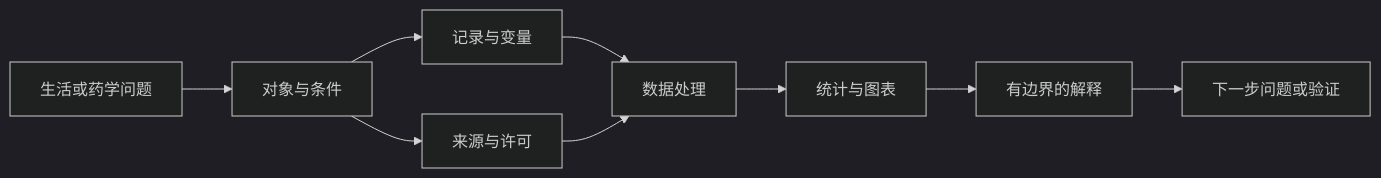
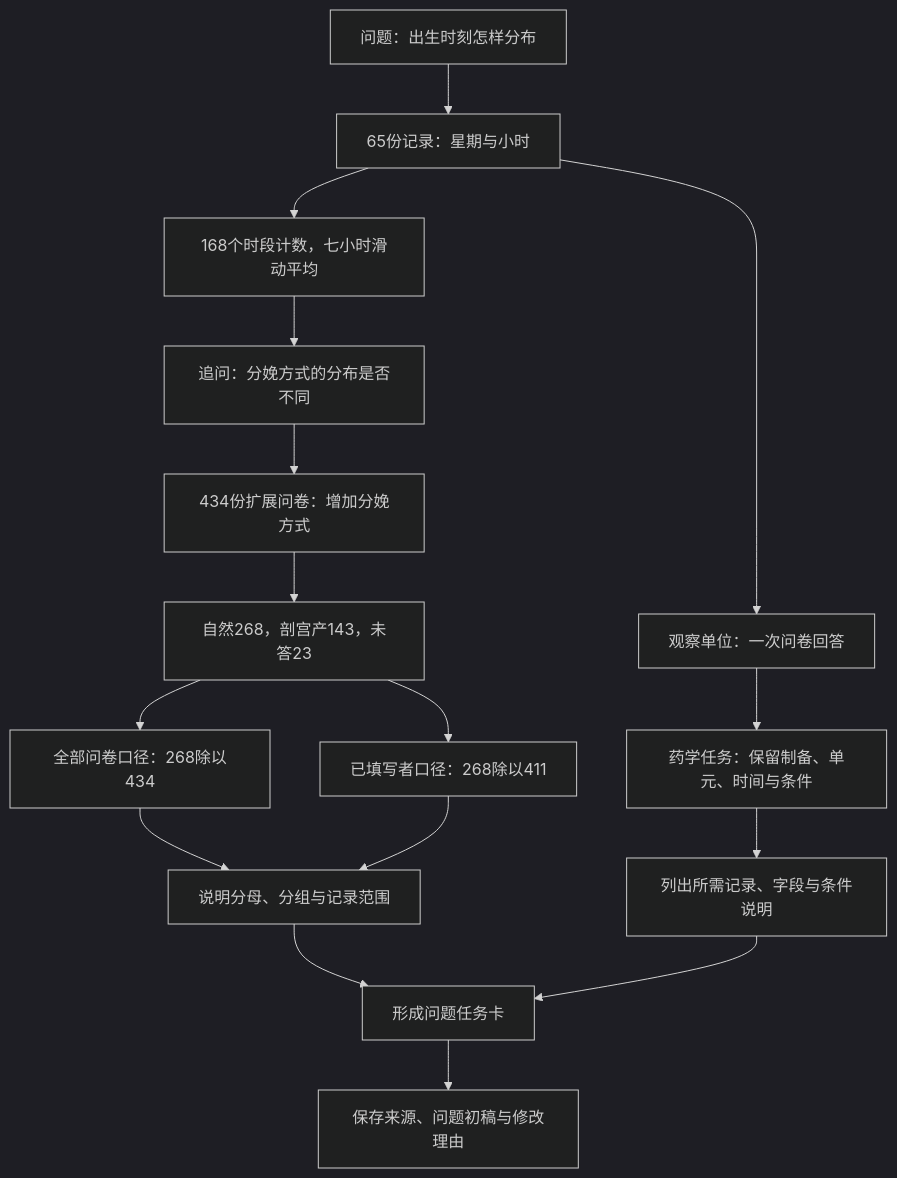
Before and after one commit to luvega/AI_MED_DataVis: the diagram in docs/chapters/chapter-1/index.md, drawn with Mermaid (dark theme). The commit also changed other lines of this file and 30 other files, not shown here.

Commit message:
Redraw textbook diagrams and correct data-flow relationships

````diff
--- a/docs/chapters/chapter-1/index.md
+++ b/docs/chapters/chapter-1/index.md
@@ -209,11 +209,18 @@
 ```mermaid
-flowchart LR
-A[生活或药学问题] --> B[对象与条件]
-B --> C[记录与变量]
-C --> D[数据处理]
-D --> E[统计与图表]
-E --> F[有边界的解释]
-F --> G[下一步问题或验证]
-B --> H[来源与许可]
-H --> D
+flowchart TD
+    Q[问题：出生时刻怎样分布] --> S[65份记录：星期与小时]
+    S --> O[观察单位：一次问卷回答]
+    S --> D[168个时段计数，七小时滑动平均]
+    D --> P[追问：分娩方式的分布是否不同]
+    P --> N[434份扩展问卷：增加分娩方式]
+    N --> G[自然268，剖宫产143，未答23]
+    G --> A[全部问卷口径：268除以434]
+    G --> B[已填写者口径：268除以411]
+    A --> I[说明分母、分组与记录范围]
+    B --> I
+    O --> T[药学任务：保留制备、单元、时间与条件]
+    T --> M[列出所需记录、字段与条件说明]
+    I --> R[形成问题任务卡]
+    M --> R
+    R --> U[保存来源、问题初稿与修改理由]
 ```
````
